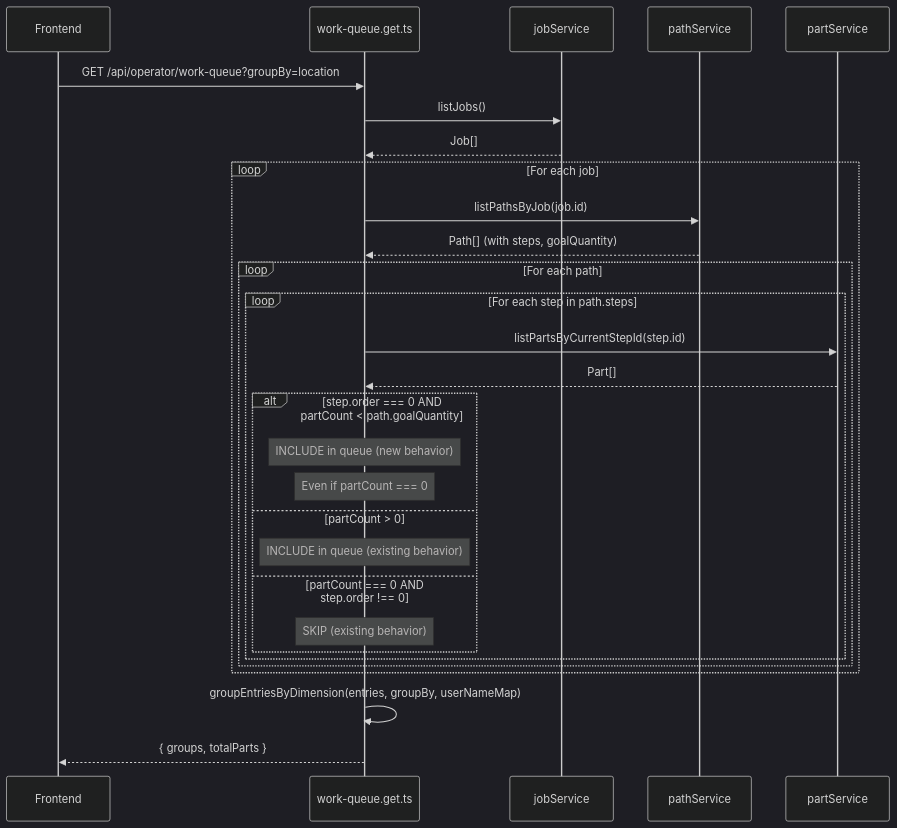
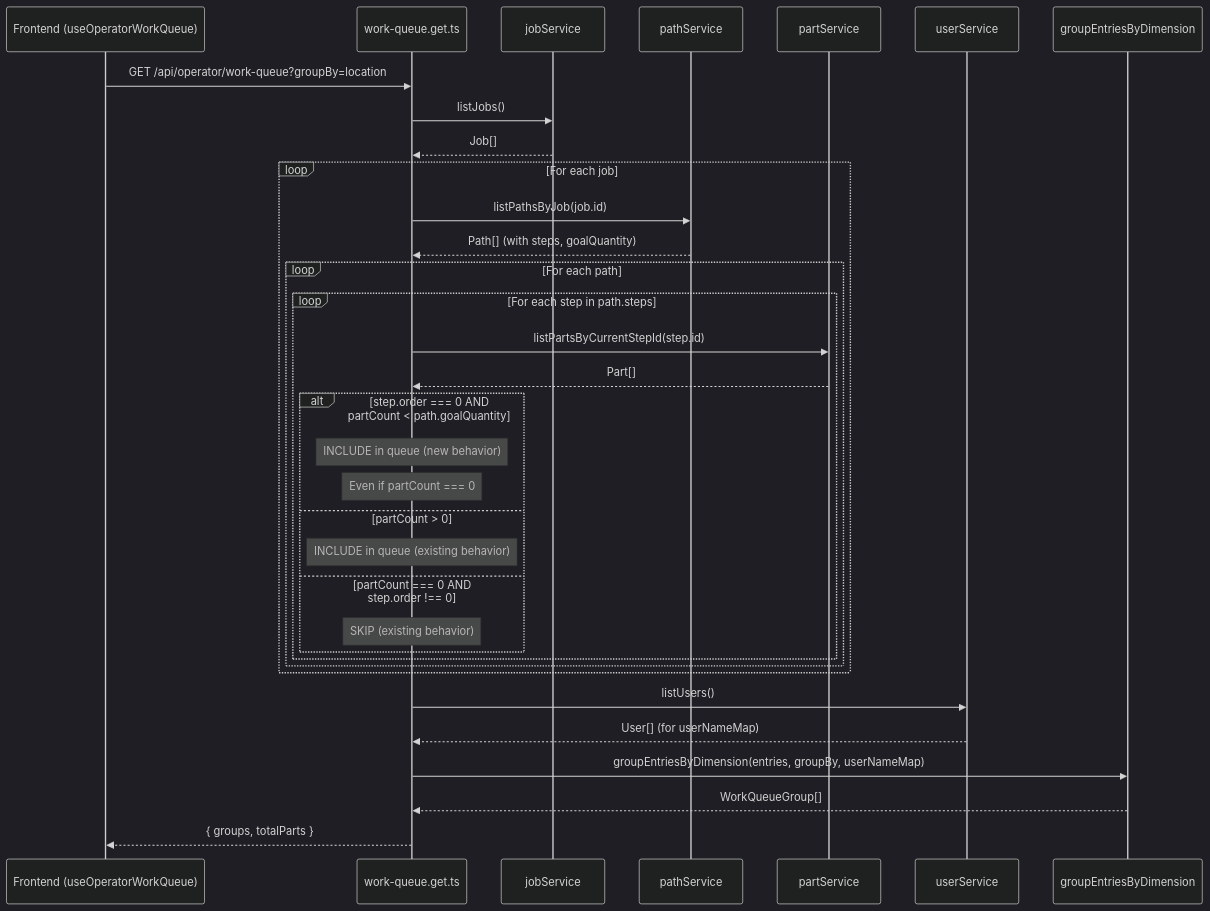
One commit to XanderLuciano/shop-planr changed the second of 2 diagrams in .kiro/specs/work-queue-first-step/design.md. Above: the diagram before and after it, drawn with Mermaid (dark theme). The commit also changed other lines of this file, not shown here.

````diff
--- a/.kiro/specs/work-queue-first-step/design.md
+++ b/.kiro/specs/work-queue-first-step/design.md
@@ -65,36 +63,41 @@
 ```mermaid
 sequenceDiagram
-    participant Client as Frontend
+    participant Client as Frontend (useOperatorWorkQueue)
     participant API as work-queue.get.ts
     participant JS as jobService
     participant PS as pathService
     participant PTS as partService
+    participant US as userService
+    participant GRP as groupEntriesByDimension
 
     Client->>API: GET /api/operator/work-queue?groupBy=location
     API->>JS: listJobs()
     JS-->>API: Job[]
 
     loop For each job
         API->>PS: listPathsByJob(job.id)
         PS-->>API: Path[] (with steps, goalQuantity)
 
         loop For each path
             loop For each step in path.steps
                 API->>PTS: listPartsByCurrentStepId(step.id)
                 PTS-->>API: Part[]
 
                 alt step.order === 0 AND partCount < path.goalQuantity
                     Note over API: INCLUDE in queue (new behavior)
                     Note over API: Even if partCount === 0
                 else partCount > 0
                     Note over API: INCLUDE in queue (existing behavior)
                 else partCount === 0 AND step.order !== 0
                     Note over API: SKIP (existing behavior)
                 end
             end
         end
     end
 
-    API->>API: groupEntriesByDimension(entries, groupBy, userNameMap)
+    API->>US: listUsers()
+    US-->>API: User[] (for userNameMap)
+    API->>GRP: groupEntriesByDimension(entries, groupBy, userNameMap)
+    GRP-->>API: WorkQueueGroup[]
     API-->>Client: { groups, totalParts }
 ```
````
